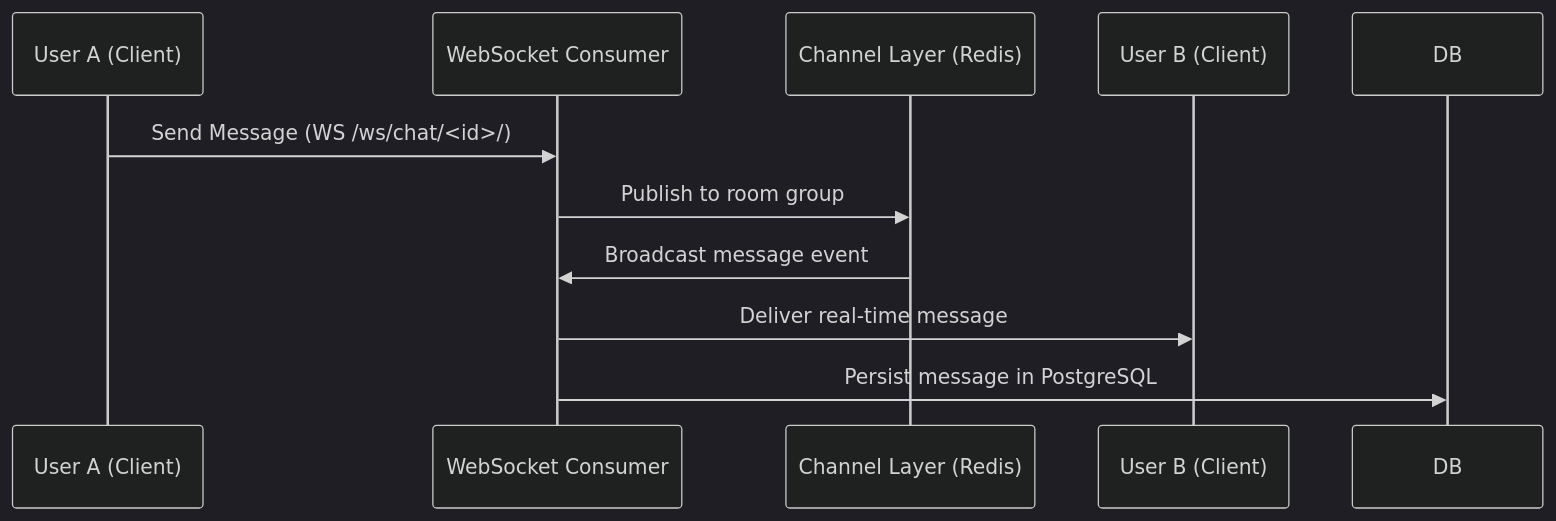
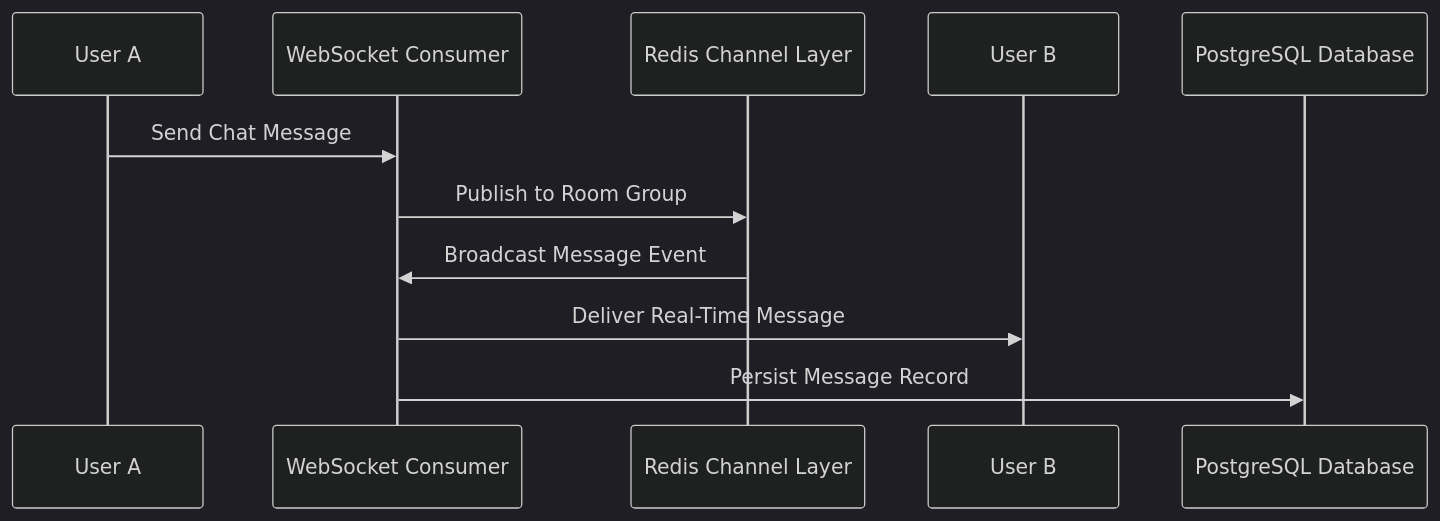
Before and after one commit to A0x0k/socialmedia-app: the second of 2 diagrams in README.md, drawn with Mermaid (dark theme). The commit also changed other lines of this file, not shown here.

Commit message:
fix(docs): clean parentheses and special chars from Mermaid diagrams for GitHub parser

````diff
--- a/README.md
+++ b/README.md
@@ -211,13 +211,14 @@
 ```mermaid
 sequenceDiagram
-    participant UserA as User A (Client)
+    participant UserA as User A
     participant WS as WebSocket Consumer
-    participant CL as Channel Layer (Redis)
-    participant UserB as User B (Client)
+    participant CL as Redis Channel Layer
+    participant UserB as User B
+    participant DB as PostgreSQL Database
 
-    UserA->>WS: Send Message (WS /ws/chat/<id>/)
-    WS->>CL: Publish to room group
-    CL->>WS: Broadcast message event
-    WS->>UserB: Deliver real-time message
-    WS->>DB: Persist message in PostgreSQL
+    UserA->>WS: Send Chat Message
+    WS->>CL: Publish to Room Group
+    CL->>WS: Broadcast Message Event
+    WS->>UserB: Deliver Real-Time Message
+    WS->>DB: Persist Message Record
 ```
````
